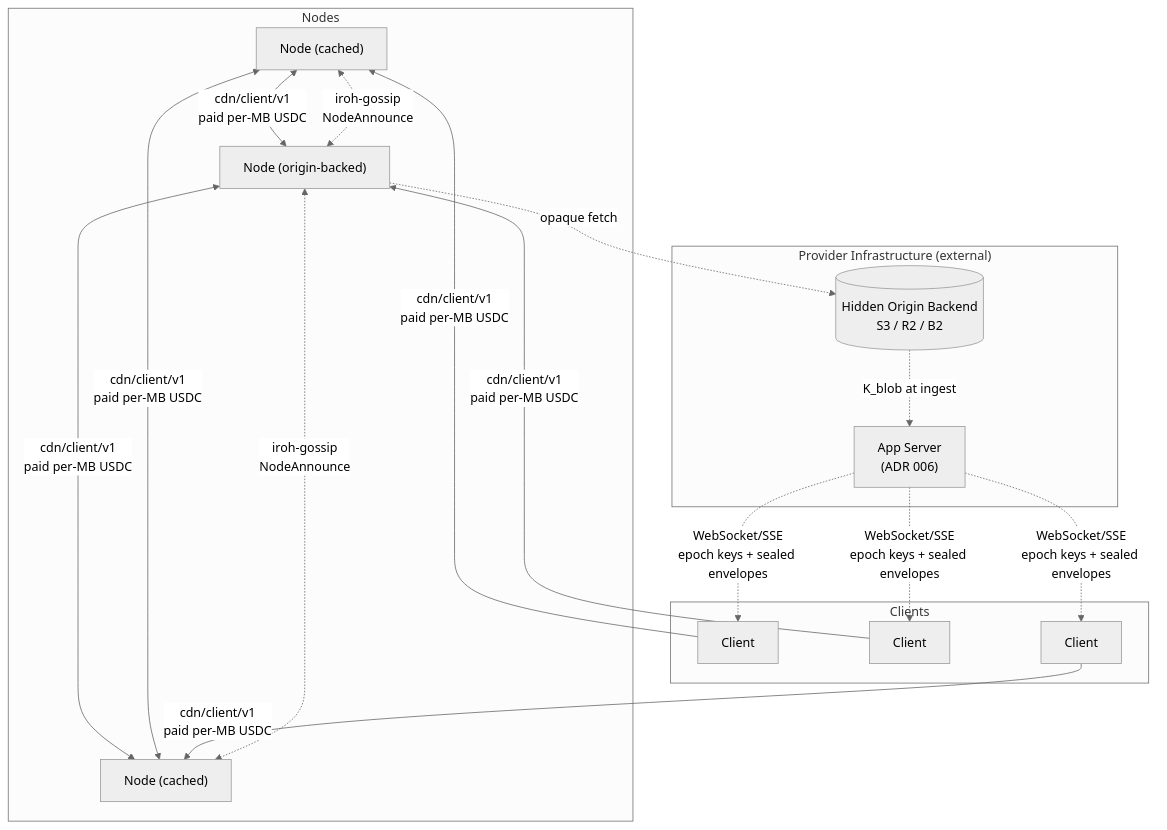
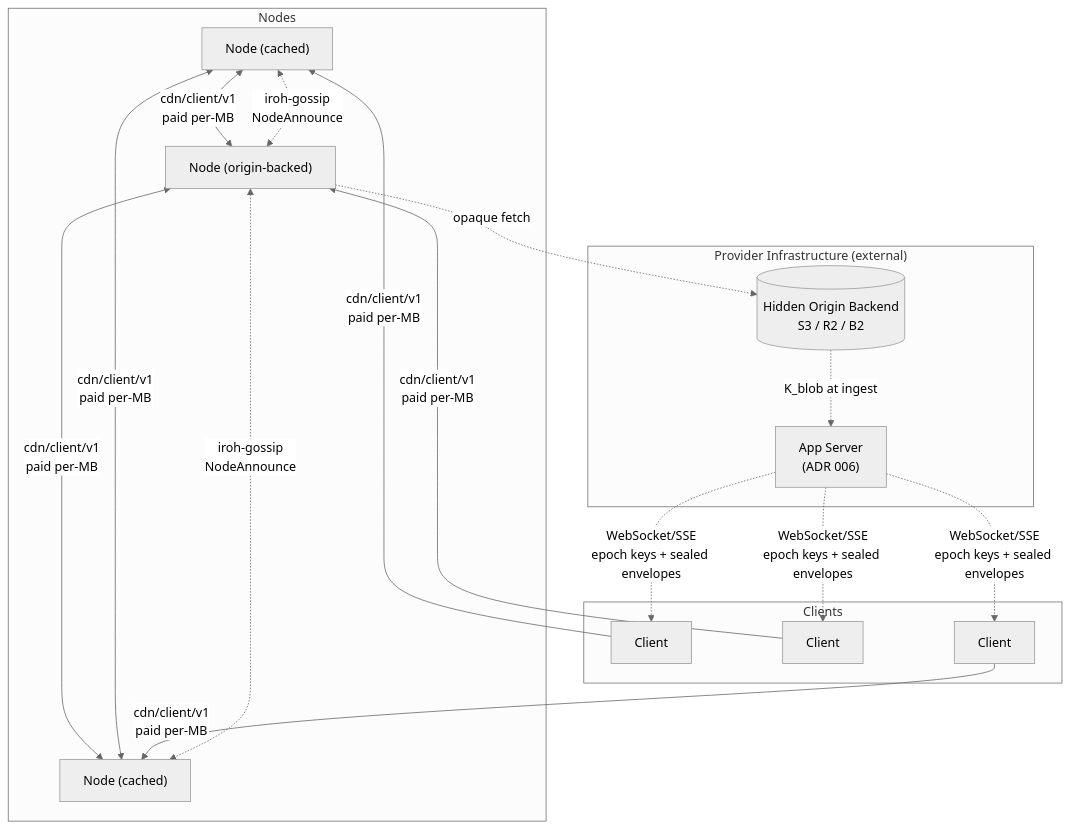
One commit to decdn/decdn changed the first of 3 diagrams in adr/architecture.md. Above: the diagram before and after it, drawn with Mermaid (neutral theme). The commit also changed other lines of this file, not shown here.

First line of the commit message:
docs: add ADR 010 and 011 summaries to architecture.md (#93)

````diff
--- a/adr/architecture.md
+++ b/adr/architecture.md
@@ -21,37 +21,37 @@
 ```mermaid
 graph TD
     subgraph Nodes
         N1["Node (cached)"]
         N2["Node (origin-backed)"]
         N3["Node (cached)"]
     end
 
     subgraph Clients
         C1[Client]
         C2[Client]
         C3[Client]
     end
 
     subgraph "Provider Infrastructure (external)"
         S3[("Hidden Origin Backend<br/>S3 / R2 / B2")]
         A["App Server<br/>(ADR 006)"]
     end
 
-    N1 <-->|"cdn/client/v1<br/>paid per-MB USDC"| N2
-    N2 <-->|"cdn/client/v1<br/>paid per-MB USDC"| N3
-    N1 <-->|"cdn/client/v1<br/>paid per-MB USDC"| N3
+    N1 <-->|"cdn/client/v1<br/>paid per-MB"| N2
+    N2 <-->|"cdn/client/v1<br/>paid per-MB"| N3
+    N1 <-->|"cdn/client/v1<br/>paid per-MB"| N3
 
-    C1 -->|"cdn/client/v1<br/>paid per-MB USDC"| N1
-    C2 -->|"cdn/client/v1<br/>paid per-MB USDC"| N2
-    C3 -->|"cdn/client/v1<br/>paid per-MB USDC"| N3
+    C1 -->|"cdn/client/v1<br/>paid per-MB"| N1
+    C2 -->|"cdn/client/v1<br/>paid per-MB"| N2
+    C3 -->|"cdn/client/v1<br/>paid per-MB"| N3
 
     N2 -.->|opaque fetch| S3
 
     N1 <-.->|"iroh-gossip<br/>NodeAnnounce"| N2
     N2 <-.->|"iroh-gossip<br/>NodeAnnounce"| N3
 
     S3 -.->|"K_blob at ingest"| A
     A -.->|"WebSocket/SSE<br/>epoch keys + sealed envelopes"| C1
     A -.->|"WebSocket/SSE<br/>epoch keys + sealed envelopes"| C2
     A -.->|"WebSocket/SSE<br/>epoch keys + sealed envelopes"| C3
 ```
````
